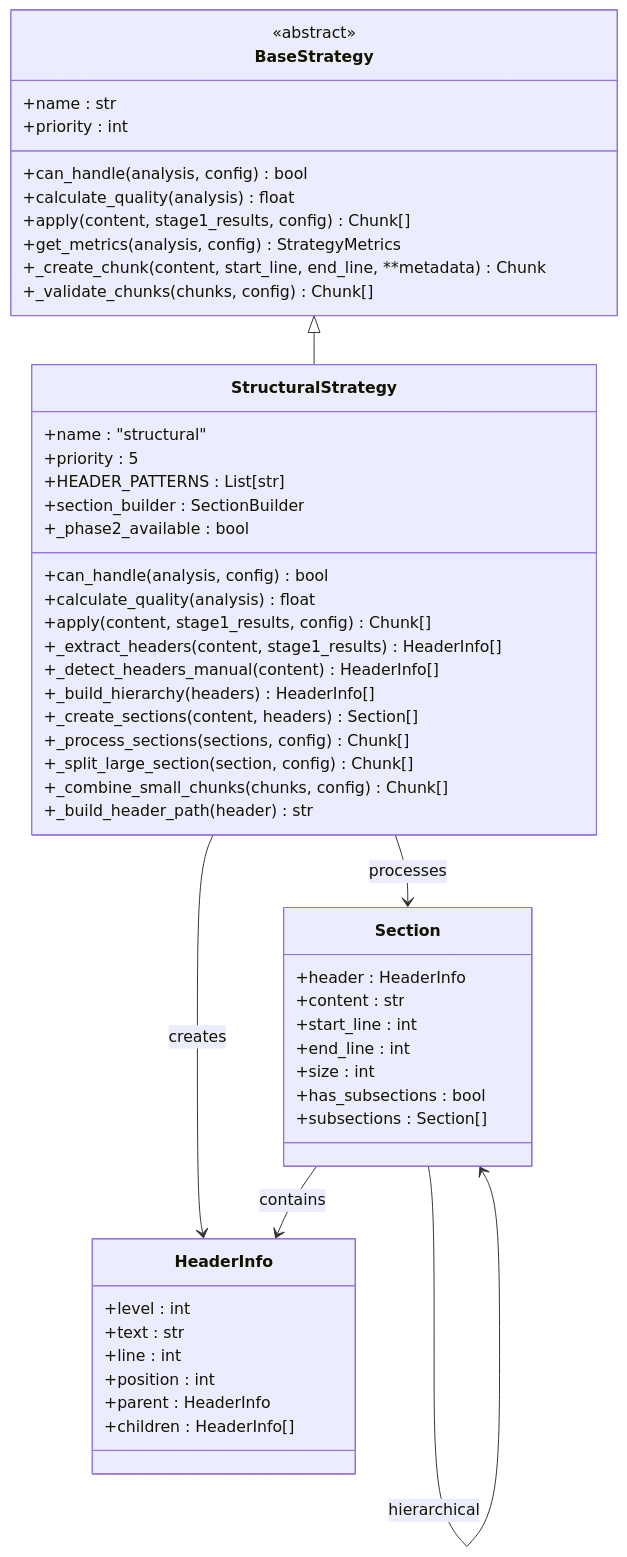
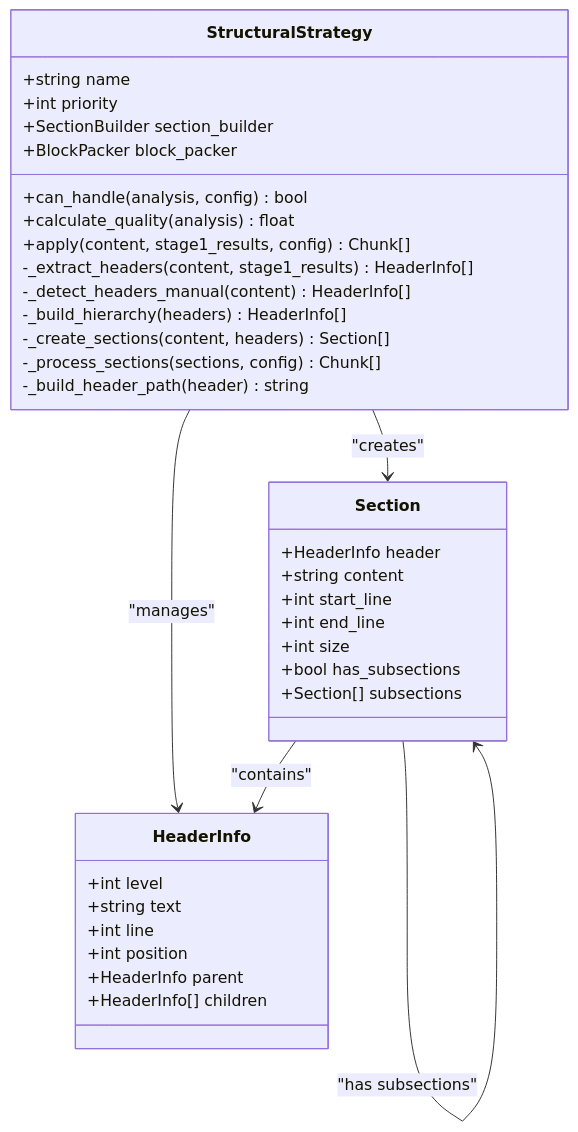
The first of 11 diagrams in .qoder/repowiki/en/content/Chunking Strategies/Structural Strategy.md (asukhodko/dify-markdown-chunker), drawn with Mermaid before and after one commit. The commit also changed other lines of this file and 205 other files, not shown here.

````diff
--- a/.qoder/repowiki/en/content/Chunking Strategies/Structural Strategy.md
+++ b/.qoder/repowiki/en/content/Chunking Strategies/Structural Strategy.md
@@ -103,54 +42,39 @@
 ```mermaid
 classDiagram
-class BaseStrategy {
-<<abstract>>
-+name : str
-+priority : int
+class StructuralStrategy {
++string name
++int priority
++SectionBuilder section_builder
++BlockPacker block_packer
 +can_handle(analysis, config) bool
 +calculate_quality(analysis) float
 +apply(content, stage1_results, config) Chunk[]
-+get_metrics(analysis, config) StrategyMetrics
-+_create_chunk(content, start_line, end_line, **metadata) Chunk
-+_validate_chunks(chunks, config) Chunk[]
-}
-class StructuralStrategy {
-+name : "structural"
-+priority : 5
-+HEADER_PATTERNS : List[str]
-+section_builder : SectionBuilder
-+_phase2_available : bool
-+can_handle(analysis, config) bool
-+calculate_quality(analysis) float
-+apply(content, stage1_results, config) Chunk[]
-+_extract_headers(content, stage1_results) HeaderInfo[]
-+_detect_headers_manual(content) HeaderInfo[]
-+_build_hierarchy(headers) HeaderInfo[]
-+_create_sections(content, headers) Section[]
-+_process_sections(sections, config) Chunk[]
-+_split_large_section(section, config) Chunk[]
-+_combine_small_chunks(chunks, config) Chunk[]
-+_build_header_path(header) str
+-_extract_headers(content, stage1_results) HeaderInfo[]
+-_detect_headers_manual(content) HeaderInfo[]
+-_build_hierarchy(headers) HeaderInfo[]
+-_create_sections(content, headers) Section[]
+-_process_sections(sections, config) Chunk[]
+-_build_header_path(header) string
 }
 class HeaderInfo {
-+level : int
-+text : str
-+line : int
-+position : int
-+parent : HeaderInfo
-+children : HeaderInfo[]
++int level
++string text
++int line
++int position
++HeaderInfo parent
++HeaderInfo[] children
 }
 class Section {
-+header : HeaderInfo
-+content : str
-+start_line : int
-+end_line : int
-+size : int
-+has_subsections : bool
-+subsections : Section[]
++HeaderInfo header
++string content
++int start_line
++int end_line
++int size
++bool has_subsections
++Section[] subsections
 }
-BaseStrategy <|-- StructuralStrategy
-StructuralStrategy --> HeaderInfo : creates
-StructuralStrategy --> Section : processes
-Section --> HeaderInfo : contains
-Section --> Section : hierarchical
+StructuralStrategy --> HeaderInfo : "manages"
+StructuralStrategy --> Section : "creates"
+Section --> HeaderInfo : "contains"
+Section --> Section : "has subsections"
 ```
````
